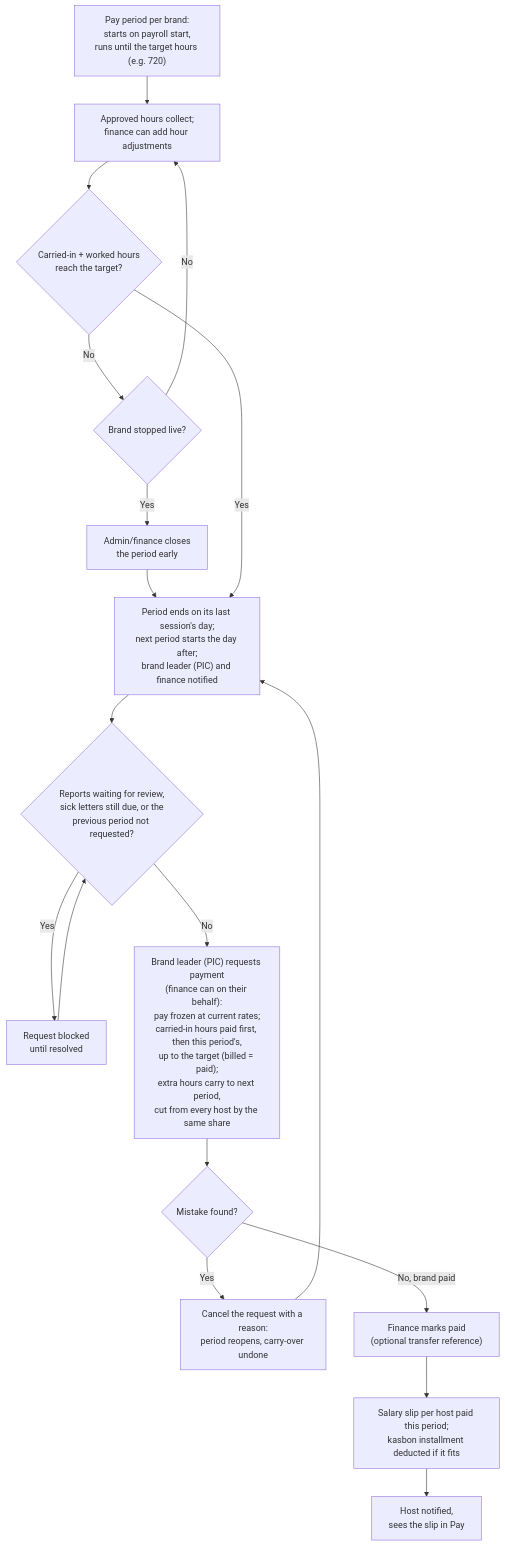
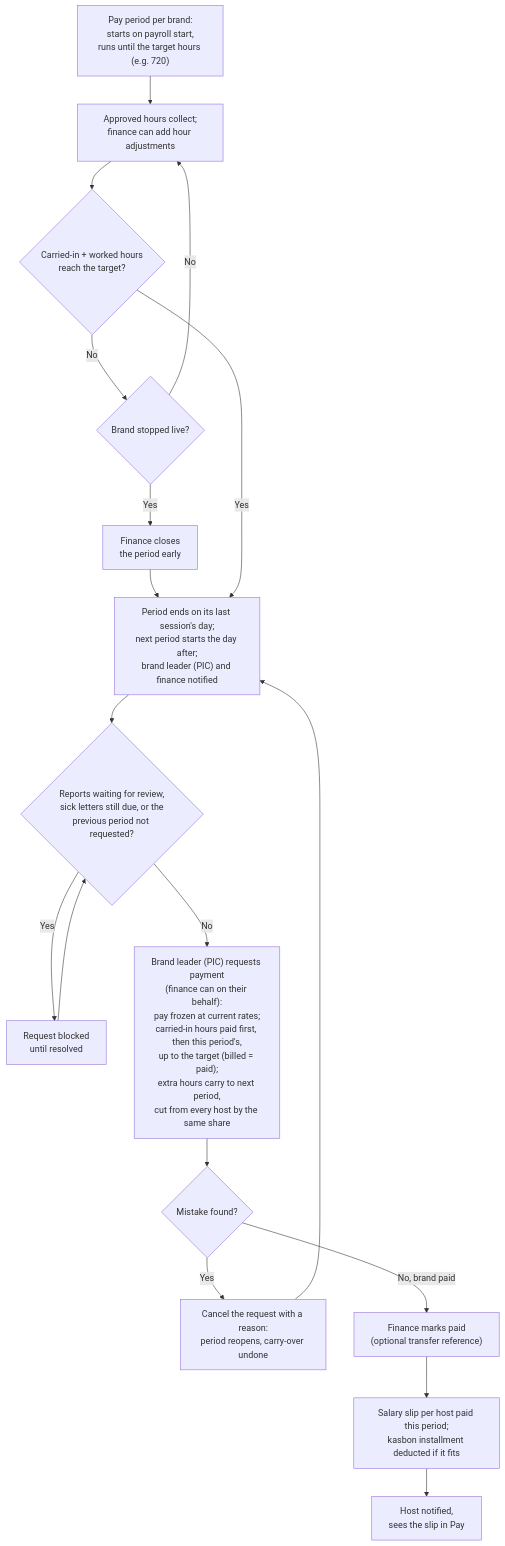
The tenth of 13 diagrams in FLOWCHART.md (Adomancer/VidHelp), drawn with Mermaid before and after one commit. The commit also changed 7 other files, not shown here.

First line of the commit message:
Restrict payroll period closing to finance

````diff
--- a/FLOWCHART.md
+++ b/FLOWCHART.md
@@ -215,20 +215,20 @@
 ```mermaid
 flowchart TD
   A["Pay period per brand:<br/>starts on payroll start,<br/>runs until the target hours (e.g. 720)"] --> B["Approved hours collect;<br/>finance can add hour adjustments"]
   B --> B2{"Carried-in + worked hours<br/>reach the target?"}
   B2 -->|No| B3{"Brand stopped live?"}
   B3 -->|No| B
-  B3 -->|Yes| B4["Admin/finance closes<br/>the period early"]
+  B3 -->|Yes| B4["Finance closes<br/>the period early"]
   B4 --> C
   B2 -->|Yes| C["Period ends on its last session's day;<br/>next period starts the day after;<br/>brand leader (PIC) and finance notified"]
   C --> D{"Reports waiting for review,<br/>sick letters still due, or the<br/>previous period not requested?"}
   D -->|Yes| E["Request blocked<br/>until resolved"]
   E --> D
   D -->|No| F["Brand leader (PIC) requests payment<br/>(finance can on their behalf):<br/>pay frozen at current rates;<br/>carried-in hours paid first, then this period's,<br/>up to the target (billed = paid);<br/>extra hours carry to next period,<br/>cut from every host by the same share"]
   F --> G{"Mistake found?"}
   G -->|Yes| H["Cancel the request with a reason:<br/>period reopens, carry-over undone"]
   H --> C
   G -->|No, brand paid| I["Finance marks paid<br/>(optional transfer reference)"]
   I --> J["Salary slip per host paid this period;<br/>kasbon installment deducted if it fits"]
   J --> K["Host notified,<br/>sees the slip in Pay"]
 ```
````
